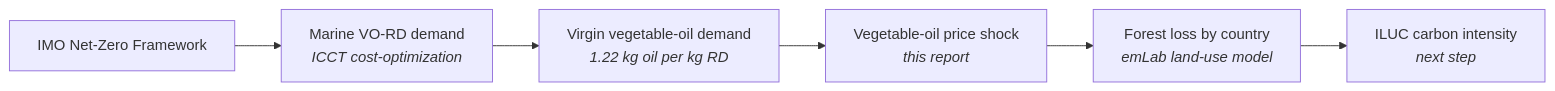
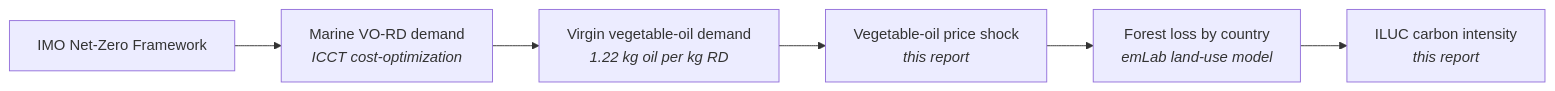
One commit to emlab-ucsb/marine-biofuel-iluc-prototype changed the diagram in report.qmd. Above: the diagram before and after it, drawn with Mermaid. The commit also changed other lines of this file and 1 other file, not shown here.

First line of the commit message:
Add the ILUC carbon intensity: 20-, 25- and 30-year accounting periods

````diff
--- a/report.qmd
+++ b/report.qmd
@@ -161,8 +186,8 @@
 ```{mermaid}
 flowchart LR
   A["IMO Net-Zero Framework"] --> F["Marine VO-RD demand<br/><i>ICCT cost-optimization</i>"]
   F --> B["Virgin vegetable-oil demand<br/><i>1.22 kg oil per kg RD</i>"]
   B --> C["Vegetable-oil price shock<br/><i>this report</i>"]
   C --> D["Forest loss by country<br/><i>emLab land-use model</i>"]
-  D --> E["ILUC carbon intensity<br/><i>next step</i>"]
+  D --> E["ILUC carbon intensity<br/><i>this report</i>"]
 ```
````
